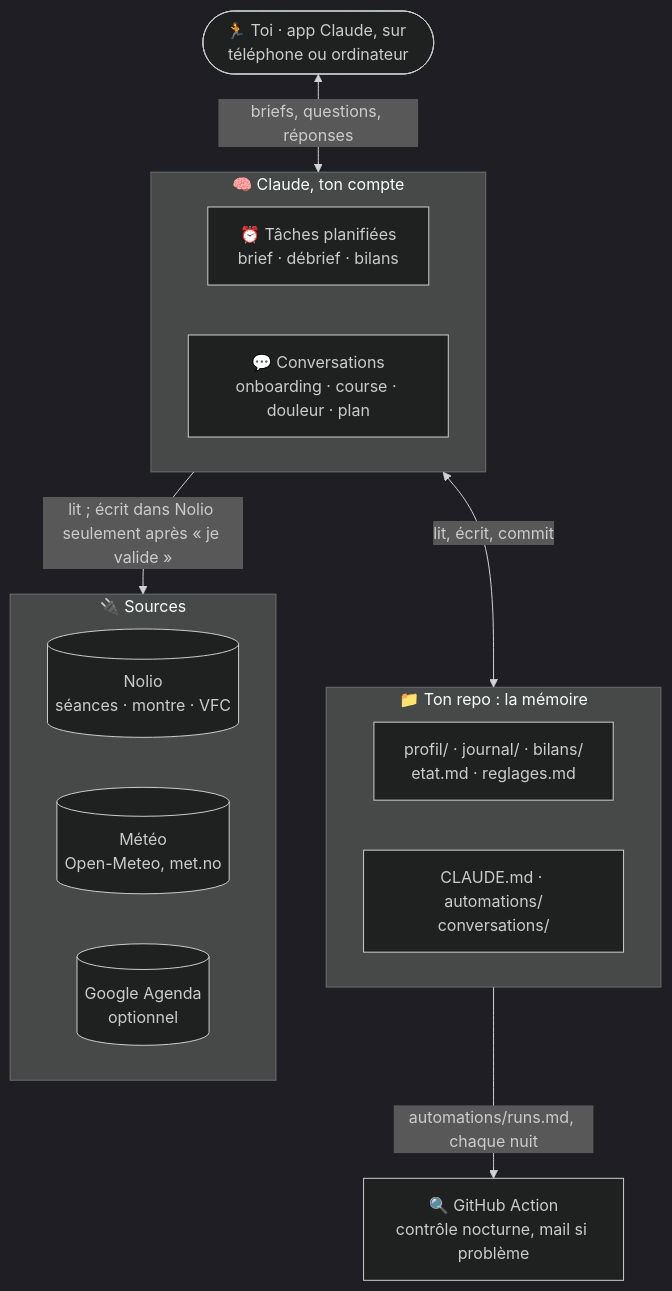
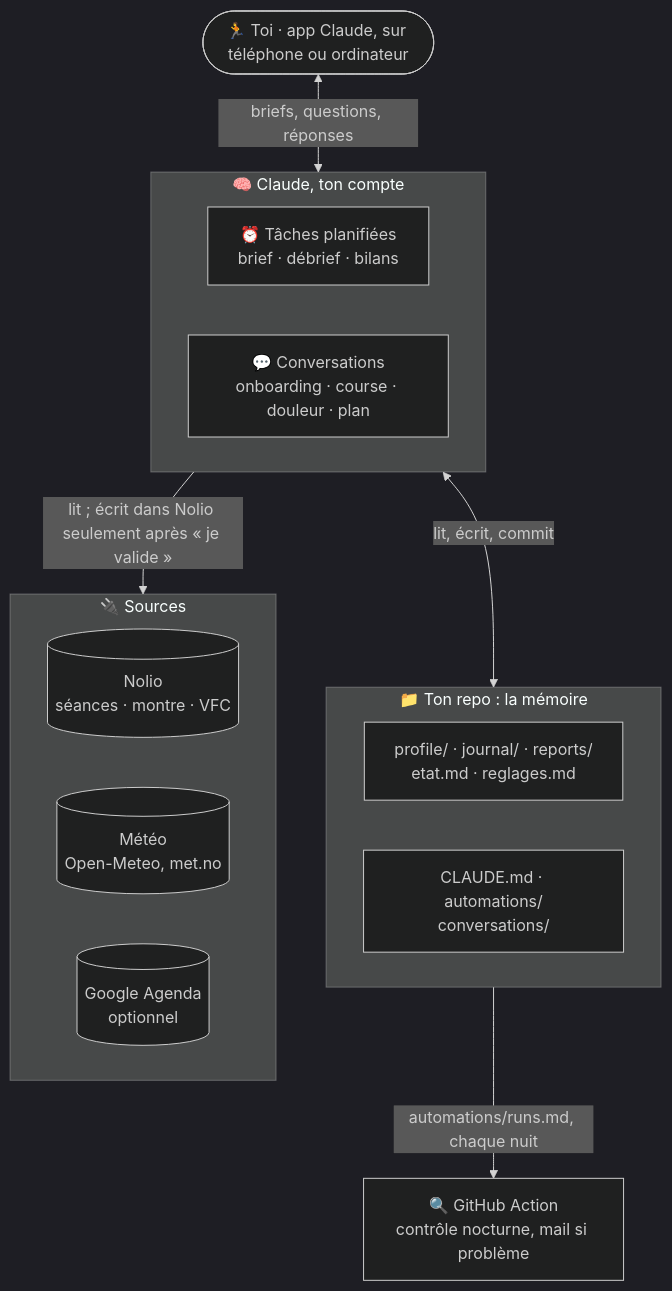
The first of 7 diagrams in docs/architecture.md (VitoPepe/running-coach-athletes-template), drawn with Mermaid (dark theme) before and after one commit. The commit also changed other lines of this file and 90 other files, not shown here.

First line of the commit message:
Noms de dossiers en anglais (reports/, philosophy/, library/, races/, profile/, outputs/, sample-*)

````diff
--- a/docs/architecture.md
+++ b/docs/architecture.md
@@ -10,25 +10,25 @@
 ```mermaid
 flowchart TB
     A(["🏃 Toi · app Claude, sur téléphone ou ordinateur"])
     subgraph C["🧠 Claude, ton compte"]
         direction LR
         T["⏰ Tâches planifiées<br/>brief · débrief · bilans"]
         S["💬 Conversations<br/>onboarding · course · douleur · plan"]
     end
     subgraph R["📁 Ton repo : la mémoire"]
         direction LR
-        M["profil/ · journal/ · bilans/<br/>etat.md · reglages.md"]
+        M["profile/ · journal/ · reports/<br/>etat.md · reglages.md"]
         P["CLAUDE.md · automations/<br/>conversations/"]
     end
     subgraph X["🔌 Sources"]
         direction LR
         N[("Nolio<br/>séances · montre · VFC")]
         W[("Météo<br/>Open-Meteo, met.no")]
         G[("Google Agenda<br/>optionnel")]
     end
     GH["🔍 GitHub Action<br/>contrôle nocturne, mail si problème"]
     A <-->|"briefs, questions, réponses"| C
     C <-->|"lit, écrit, commit"| R
     C -->|"lit ; écrit dans Nolio seulement après « je valide »"| X
     R -->|"automations/runs.md, chaque nuit"| GH
 ```
````
